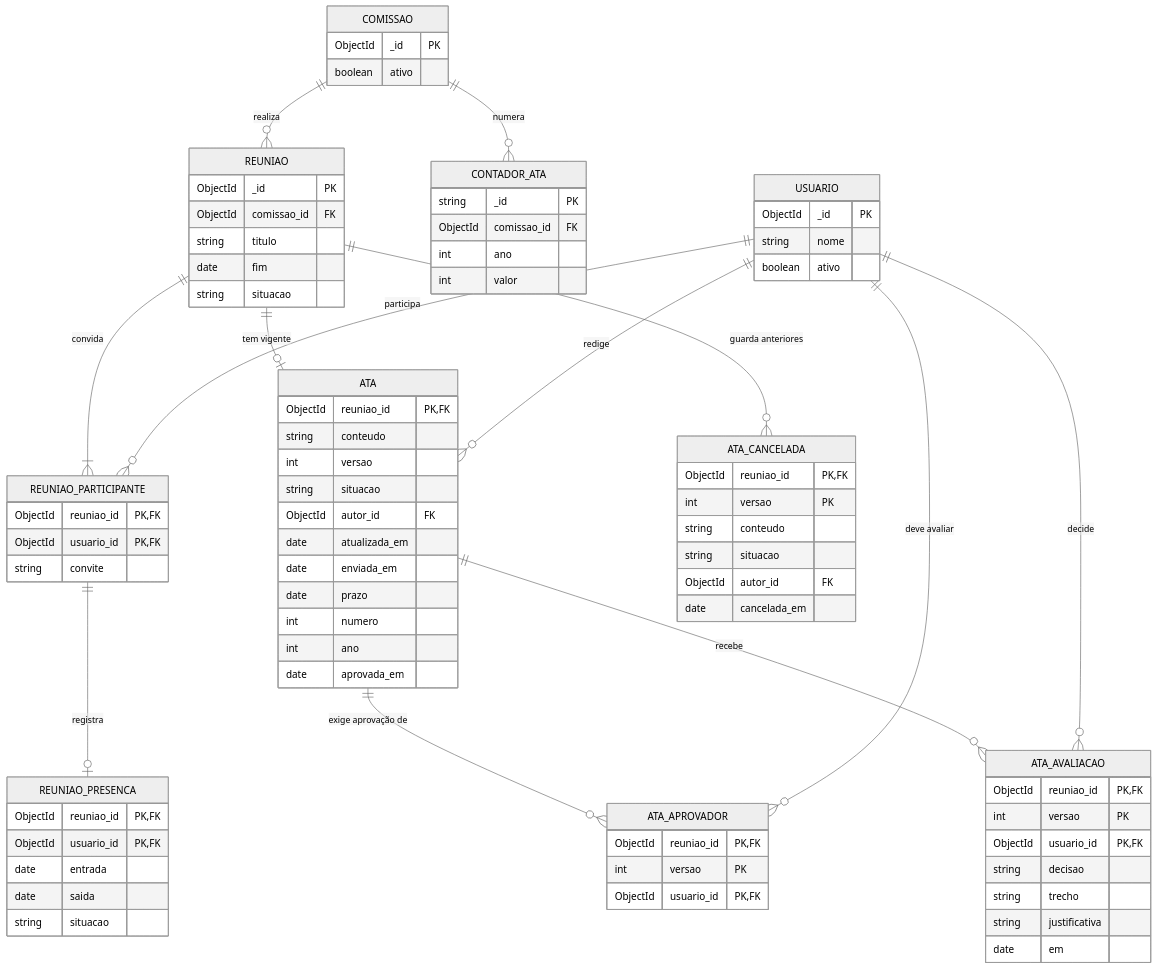
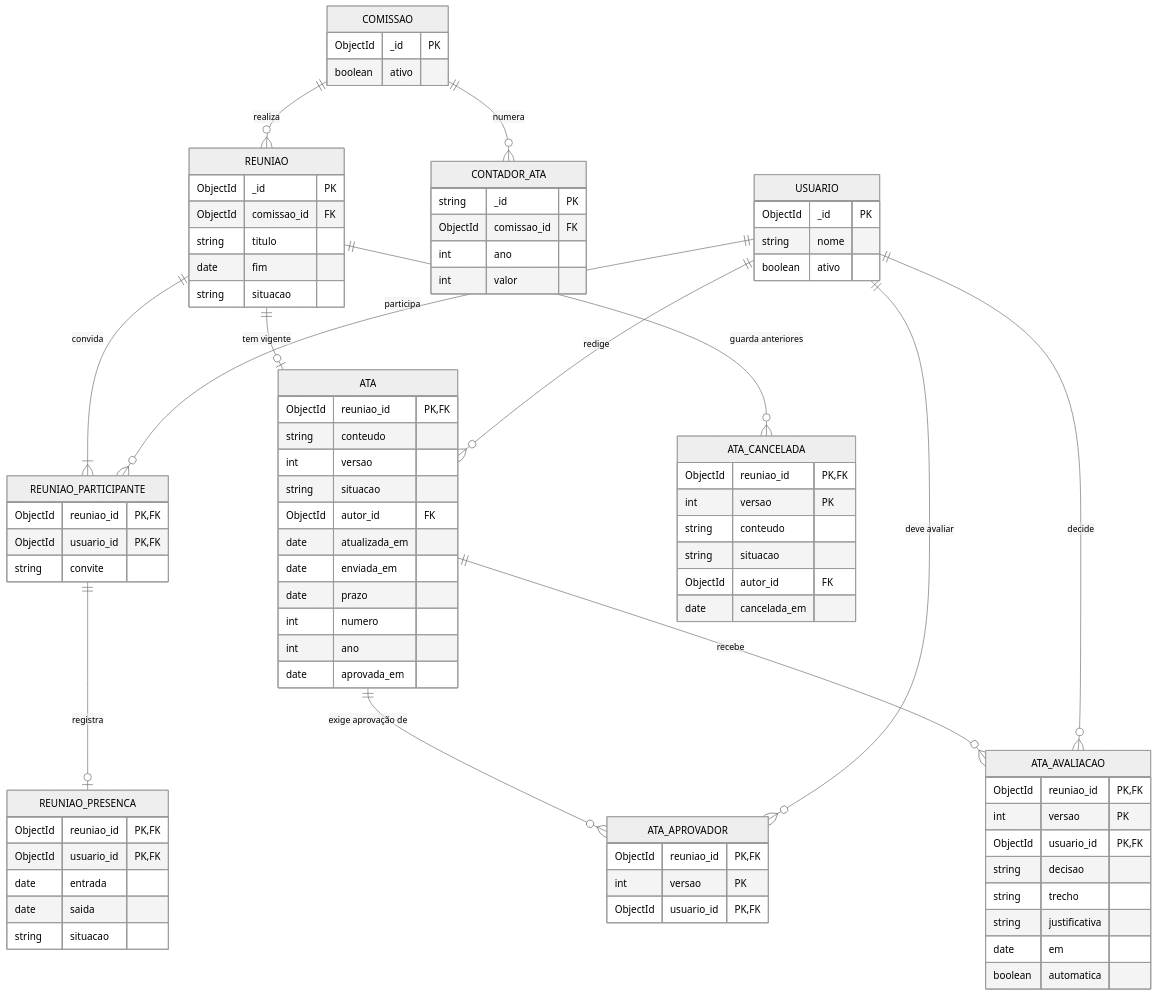
Before and after one commit to Conecta-IFSP/DOCUMENTATION: the diagram in 4 - Incremento3/atas/4 - diagrama-relacional-atas.md, drawn with Mermaid (neutral theme). The commit also changed other lines of this file and 9 other files, not shown here.

```diff
--- a/4 - Incremento3/atas/4 - diagrama-relacional-atas.md
+++ b/4 - Incremento3/atas/4 - diagrama-relacional-atas.md
@@ -76,6 +76,7 @@
         string trecho
         string justificativa
         date em
+        boolean automatica
     }
     CONTADOR_ATA {
         string _id PK
```
